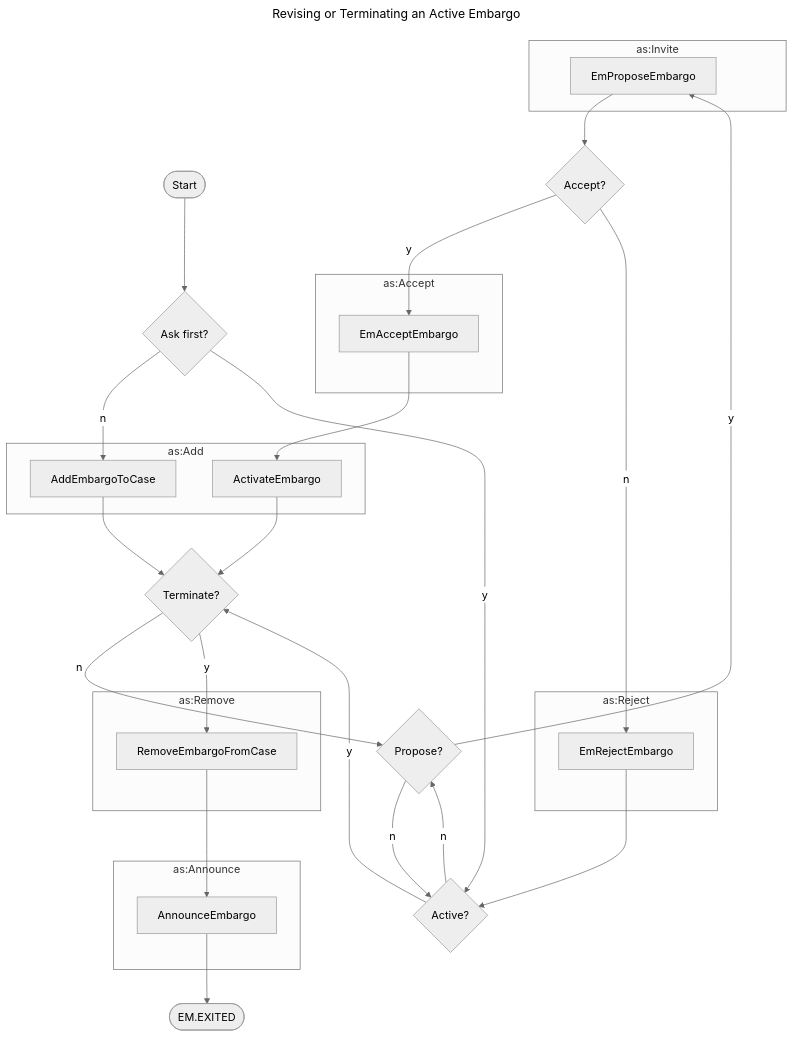
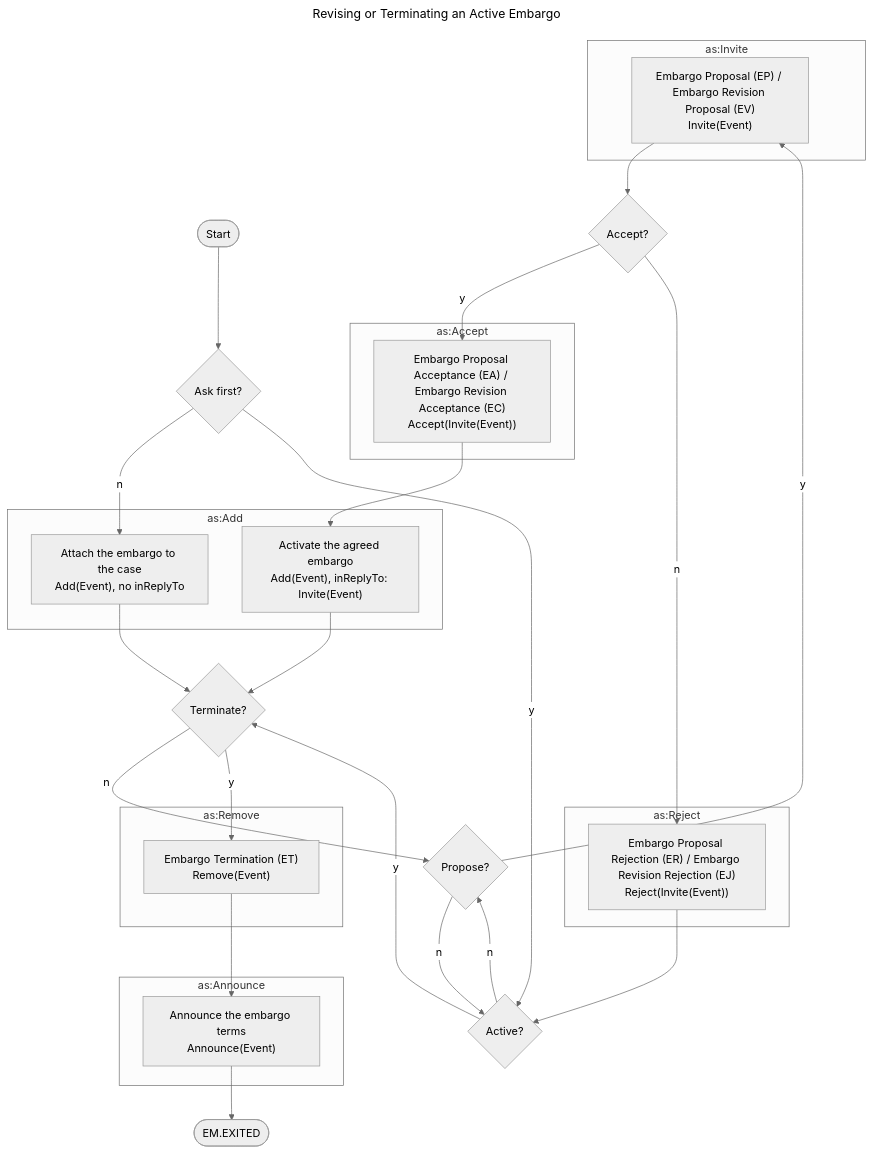
Before and after one commit to CERTCC/Vultron: the diagram in docs/howto/activitypub/activities/manage_embargo.md, drawn with Mermaid (neutral theme). The commit also changed other lines of this file and 21 other files, not shown here.

````diff
--- a/docs/howto/activitypub/activities/manage_embargo.md
+++ b/docs/howto/activitypub/activities/manage_embargo.md
@@ -36,44 +34,44 @@
 ```mermaid
 ---
 title: Revising or Terminating an Active Embargo
 ---
 flowchart TB
     subgraph as:Invite
-        EmProposeEmbargo
+        EmProposeEmbargo["Embargo Proposal (EP) / Embargo Revision Proposal (EV)<br/>Invite(Event)"]
     end
     subgraph as:Accept
-        EmAcceptEmbargo
+        EmAcceptEmbargo["Embargo Proposal Acceptance (EA) / Embargo Revision Acceptance (EC)<br/>Accept(Invite(Event))"]
     end
     subgraph as:Reject
-        EmRejectEmbargo
+        EmRejectEmbargo["Embargo Proposal Rejection (ER) / Embargo Revision Rejection (EJ)<br/>Reject(Invite(Event))"]
     end
     subgraph as:Add
-        ActivateEmbargo
-        AddEmbargoToCase
+        ActivateEmbargo["Activate the agreed embargo<br/>Add(Event), inReplyTo: Invite(Event)"]
+        AddEmbargoToCase["Attach the embargo to the case<br/>Add(Event), no inReplyTo"]
     end
     subgraph as:Remove
-        RemoveEmbargoFromCase
+        RemoveEmbargoFromCase["Embargo Termination (ET)<br/>Remove(Event)"]
     end
     subgraph as:Announce
-        AnnounceEmbargo
+        AnnounceEmbargo["Announce the embargo terms<br/>Announce(Event)"]
     end
     start([Start])
     start --> f{Ask first?}
     f -->|n| AddEmbargoToCase
     f -->|y| v{Active?}
     v -->|y| t{Terminate?}
     v -->|n| p{Propose?}
     p -->|y| EmProposeEmbargo
     p -->|n| v
     EmProposeEmbargo --> a{Accept?}
     a -->|y| EmAcceptEmbargo
     a -->|n| EmRejectEmbargo
     EmAcceptEmbargo --> ActivateEmbargo
     EmRejectEmbargo --> v
     ActivateEmbargo --> t
     AddEmbargoToCase --> t
     t -->|n| p
     t -->|y| RemoveEmbargoFromCase
     RemoveEmbargoFromCase --> AnnounceEmbargo
     AnnounceEmbargo --> exited([EM.EXITED])
 ```
````
